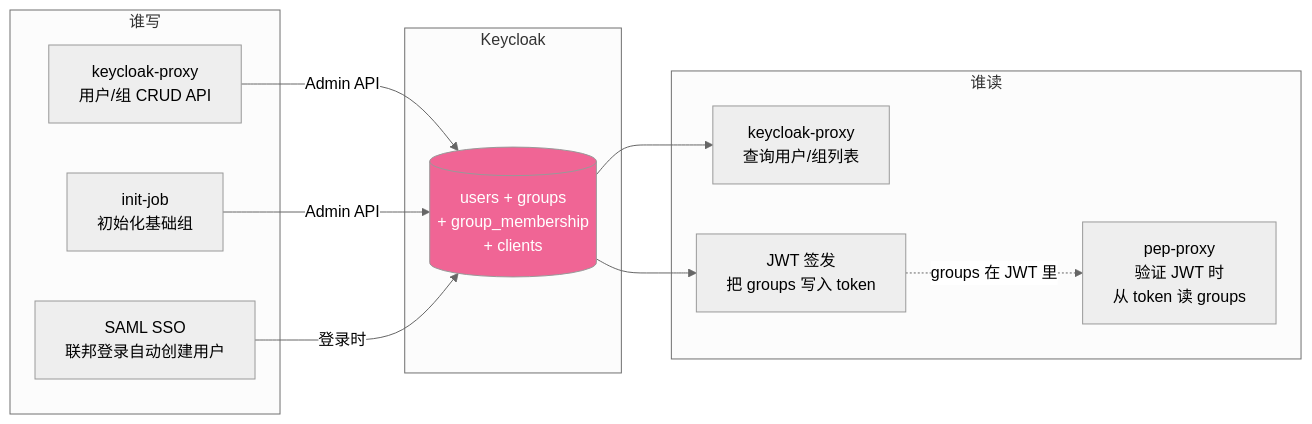
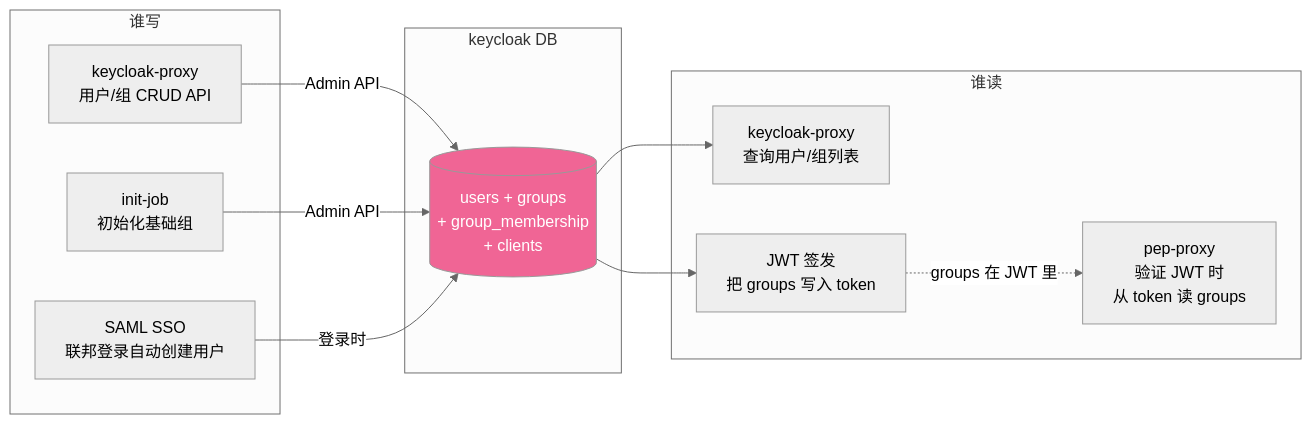
The seventh of 11 diagrams in diagrams/data-storage.md (xiewanchao/aidp-iam), drawn with Mermaid (neutral theme) before and after one commit. The commit also changed other lines of this file and 5 other files, not shown here.

````diff
--- a/diagrams/data-storage.md
+++ b/diagrams/data-storage.md
@@ -231,27 +377,27 @@
 ```mermaid
 flowchart LR
     subgraph 谁写
         KP[keycloak-proxy<br/>用户/组 CRUD API]
         INIT[init-job<br/>初始化基础组]
         SAML[SAML SSO<br/>联邦登录自动创建用户]
     end
 
-    subgraph Keycloak
+    subgraph "keycloak DB"
         KC[(users + groups<br/>+ group_membership<br/>+ clients)]
     end
 
     subgraph 谁读
         KP2[keycloak-proxy<br/>查询用户/组列表]
         JWT[JWT 签发<br/>把 groups 写入 token]
         PEP[pep-proxy<br/>验证 JWT 时<br/>从 token 读 groups]
     end
 
     KP -->|Admin API| KC
     INIT -->|Admin API| KC
     SAML -->|登录时| KC
     KC --> KP2
     KC --> JWT
     JWT -.->|groups 在 JWT 里| PEP
 
     style KC fill:#f06595,color:#fff
 ```
````
